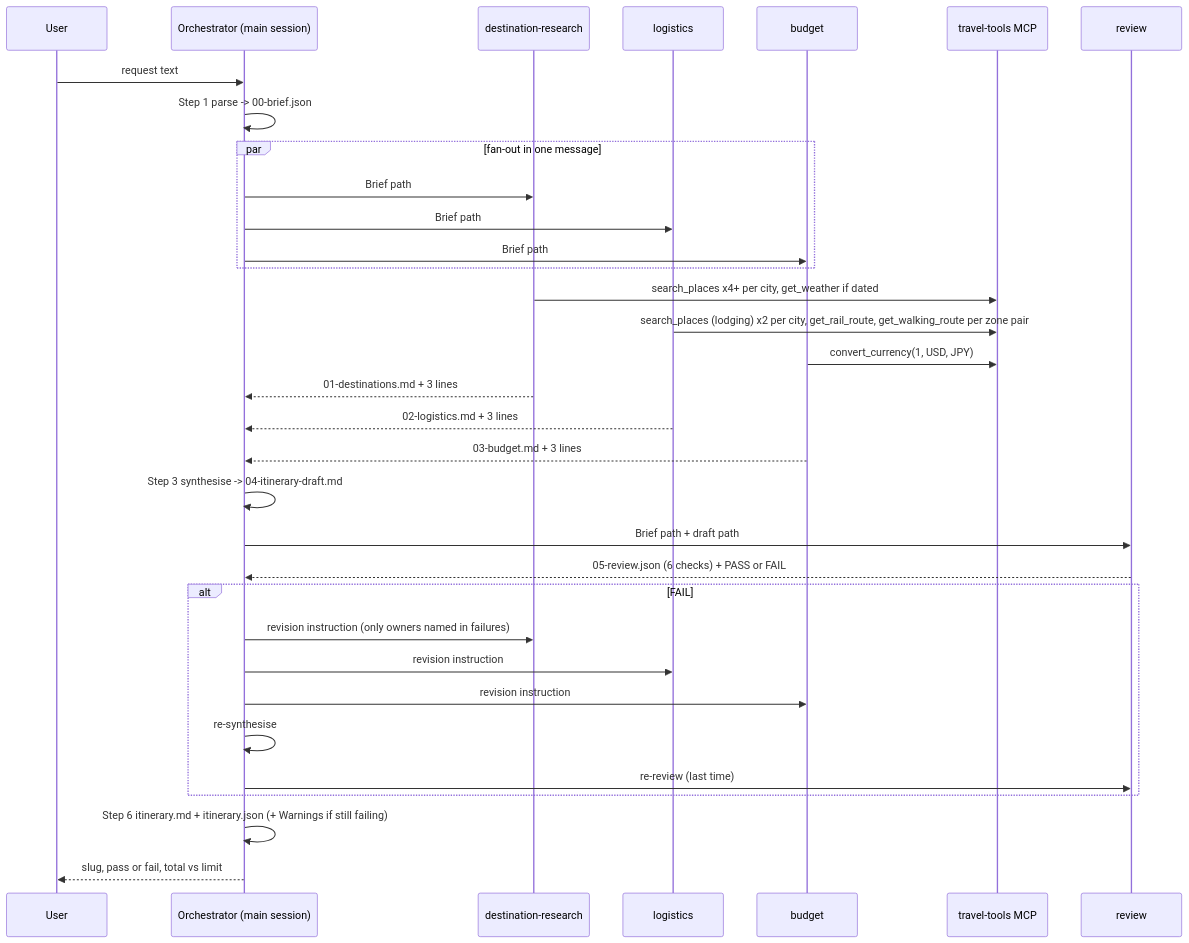
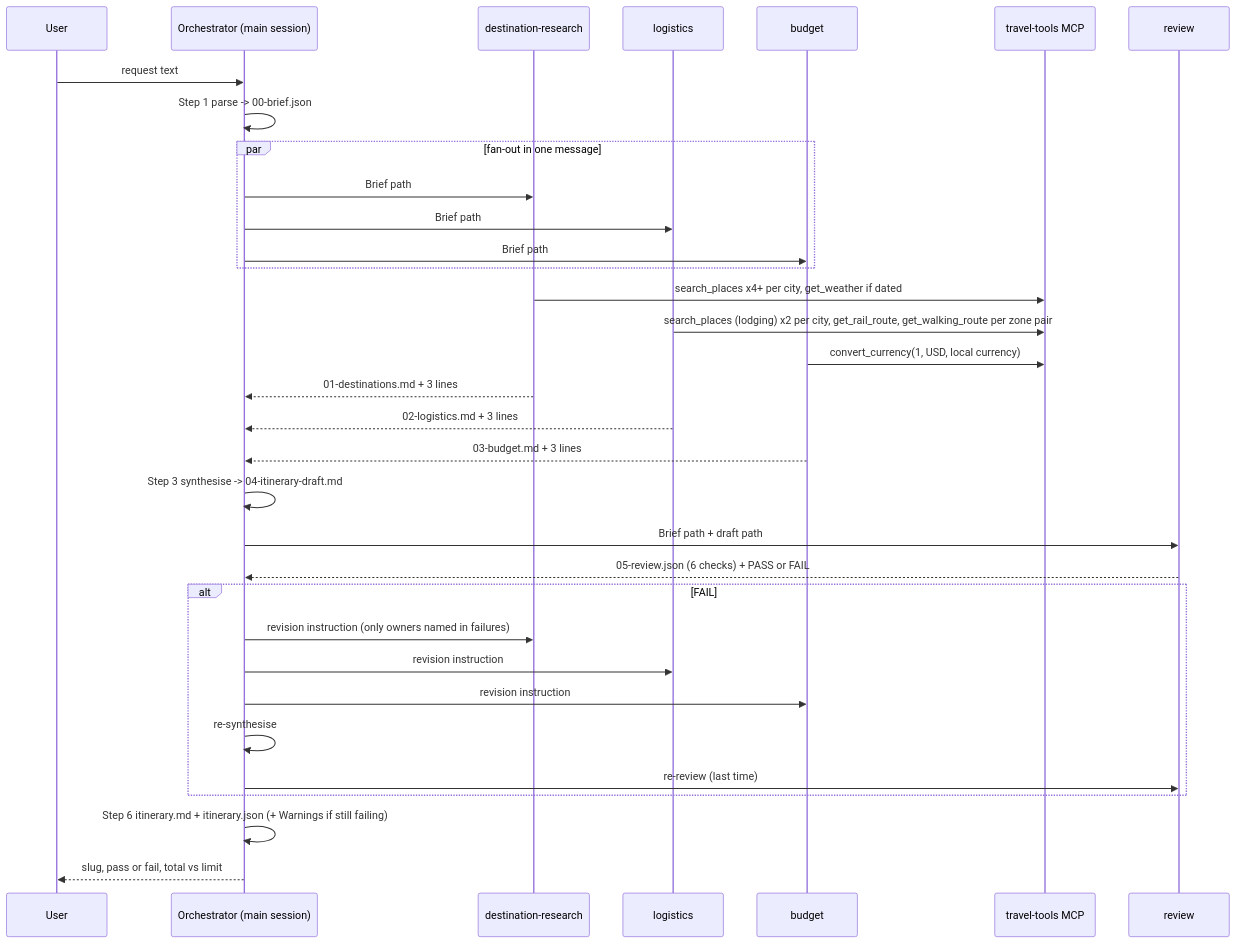
The second of 3 diagrams in docs/architecture.md (qa-aman/workshop-travel-planner), drawn with Mermaid before and after one commit. The commit also changed other lines of this file and 22 other files, not shown here.

````diff
--- a/docs/architecture.md
+++ b/docs/architecture.md
@@ -41,36 +41,36 @@
 ```mermaid
 sequenceDiagram
     participant U as User
     participant O as Orchestrator (main session)
     participant D as destination-research
     participant L as logistics
     participant B as budget
     participant M as travel-tools MCP
     participant R as review
 
     U->>O: request text
     O->>O: Step 1 parse -> 00-brief.json
     par fan-out in one message
         O->>D: Brief path
         O->>L: Brief path
         O->>B: Brief path
     end
     D->>M: search_places x4+ per city, get_weather if dated
     L->>M: search_places (lodging) x2 per city, get_rail_route, get_walking_route per zone pair
-    B->>M: convert_currency(1, USD, JPY)
+    B->>M: convert_currency(1, USD, local currency)
     D-->>O: 01-destinations.md + 3 lines
     L-->>O: 02-logistics.md + 3 lines
     B-->>O: 03-budget.md + 3 lines
     O->>O: Step 3 synthesise -> 04-itinerary-draft.md
     O->>R: Brief path + draft path
     R-->>O: 05-review.json (6 checks) + PASS or FAIL
     alt FAIL
         O->>D: revision instruction (only owners named in failures)
         O->>L: revision instruction
         O->>B: revision instruction
         O->>O: re-synthesise
         O->>R: re-review (last time)
     end
     O->>O: Step 6 itinerary.md + itinerary.json (+ Warnings if still failing)
     O-->>U: slug, pass or fail, total vs limit
 ```
````
